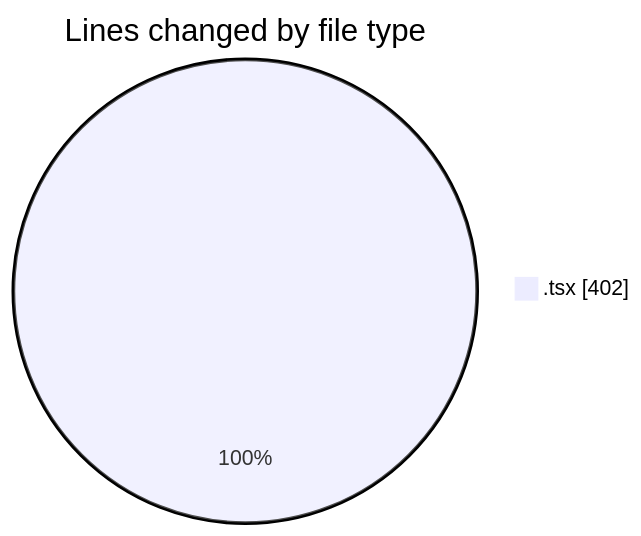
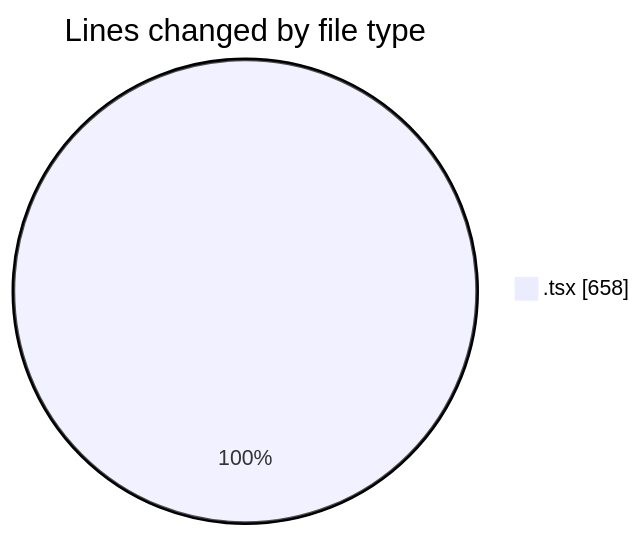
The first of 2 diagrams in 2025-09-22/cda/README.md (momahboobian/code-tracking), drawn with Mermaid before and after one commit. The commit also changed other lines of this file and 1 other file, not shown here.

````diff
--- a/2025-09-22/cda/README.md
+++ b/2025-09-22/cda/README.md
@@ -20,5 +21,5 @@
 ```mermaid
 pie showData
 title Lines changed by file type
-".tsx" : 402
+".tsx" : 658
 ```
````
